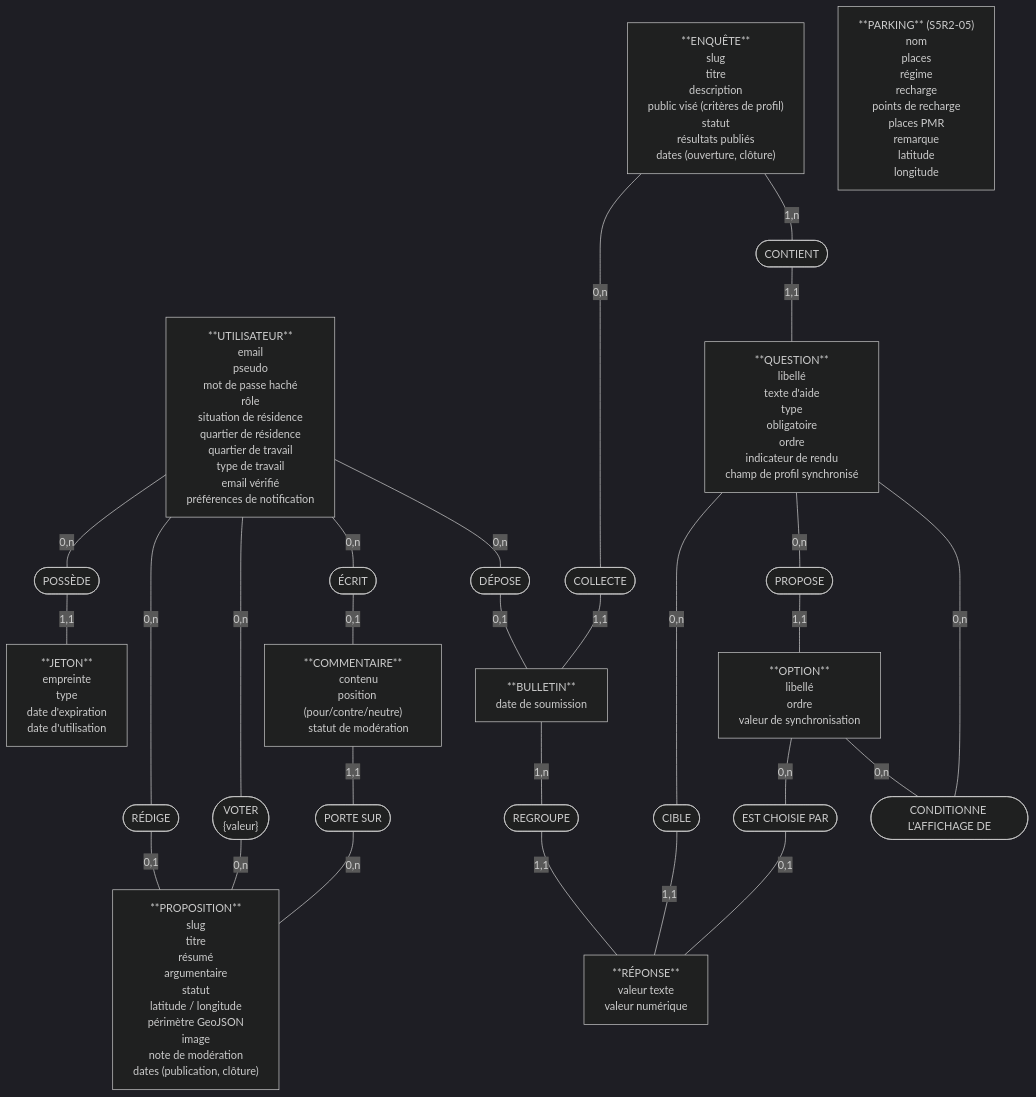
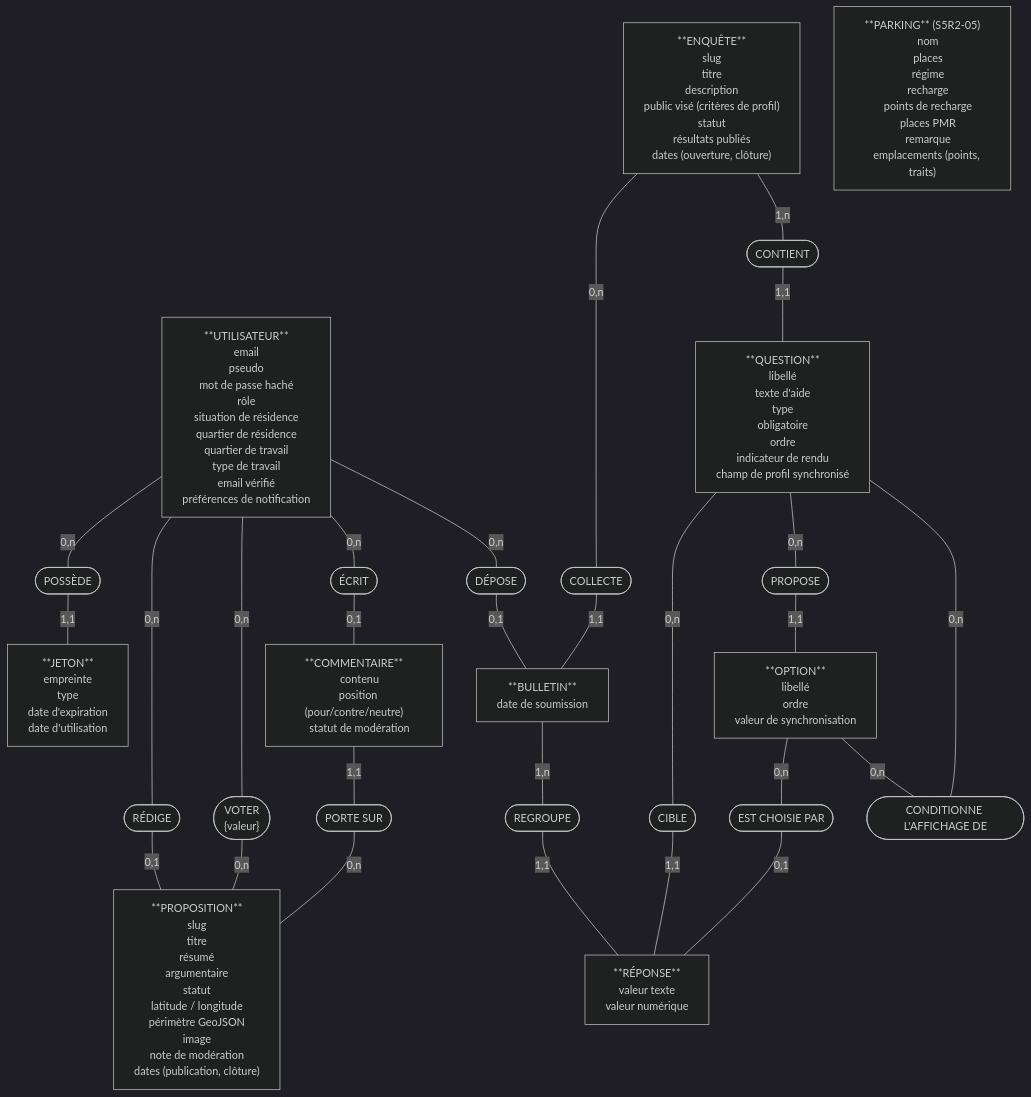
One commit to Nathalie-Leduc/Senlis-Participatif-docs changed the diagram in 08-merise-mcd-mld-mpd.md. Above: the diagram before and after it, drawn with Mermaid (dark theme). The commit also changed other lines of this file and 8 other files, not shown here.

Commit message:
docs: parkings — plusieurs emplacements et traits (recette du 20/10)

```diff
--- a/08-merise-mcd-mld-mpd.md
+++ b/08-merise-mcd-mld-mpd.md
@@ -83,8 +83,7 @@
     points de recharge
     places PMR
     remarque
-    latitude
-    longitude"]
+    emplacements (points, traits)"]
 
     aPOSSEDE(["POSSÈDE"])
     aREDIGE(["RÉDIGE"])
```
